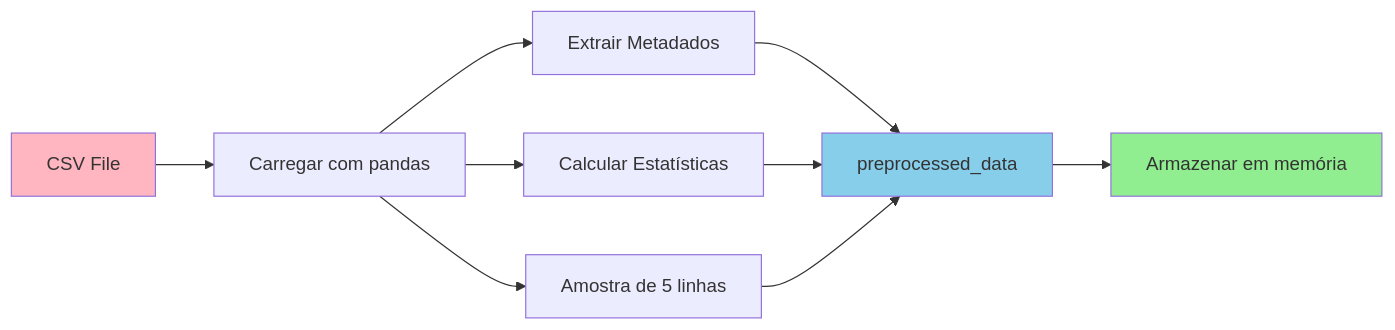
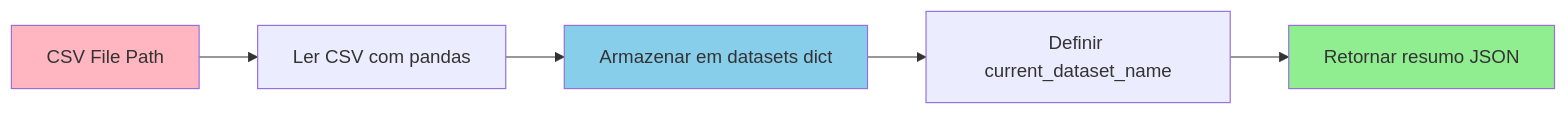
The second of 10 diagrams in doc/fluxograma.md (marviniDev/agent-analyzer-data), drawn with Mermaid before and after one commit. The commit also changed other lines of this file and 8 other files, not shown here.

````diff
--- a/doc/fluxograma.md
+++ b/doc/fluxograma.md
@@ -48,17 +57,11 @@
 ```mermaid
 flowchart LR
-    A[CSV File] --> B[Carregar com pandas]
-    B --> C[Extrair Metadados]
-    B --> D[Calcular Estatísticas]
-    B --> E[Amostra de 5 linhas]
-    
-    C --> F[preprocessed_data]
-    D --> F
-    E --> F
-    
-    F --> G[Armazenar em memória]
+    A[CSV File Path] --> B[Ler CSV com pandas]
+    B --> C[Armazenar em datasets dict]
+    C --> D[Definir current_dataset_name]
+    D --> E[Retornar resumo JSON]
     
     style A fill:#FFB6C1
-    style F fill:#87CEEB
-    style G fill:#90EE90
+    style C fill:#87CEEB
+    style E fill:#90EE90
 ```
````
